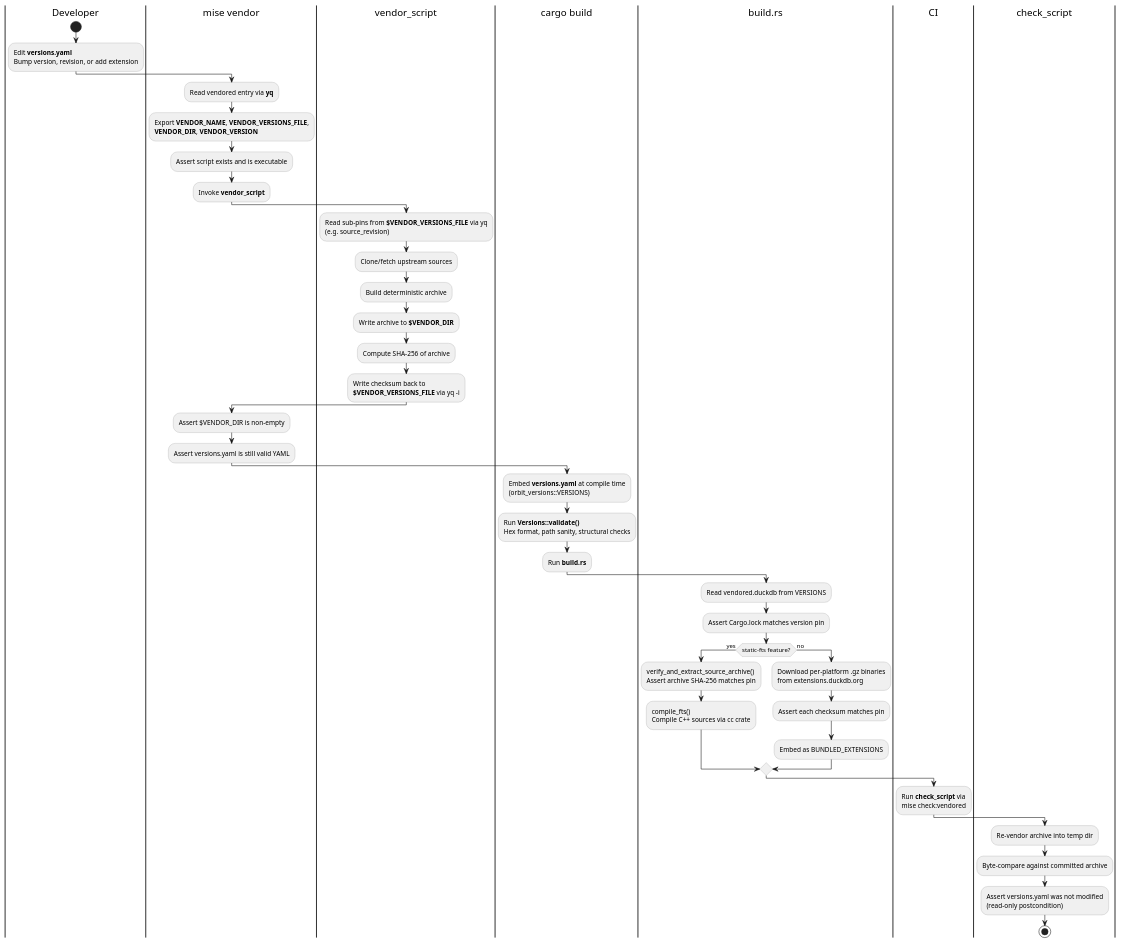
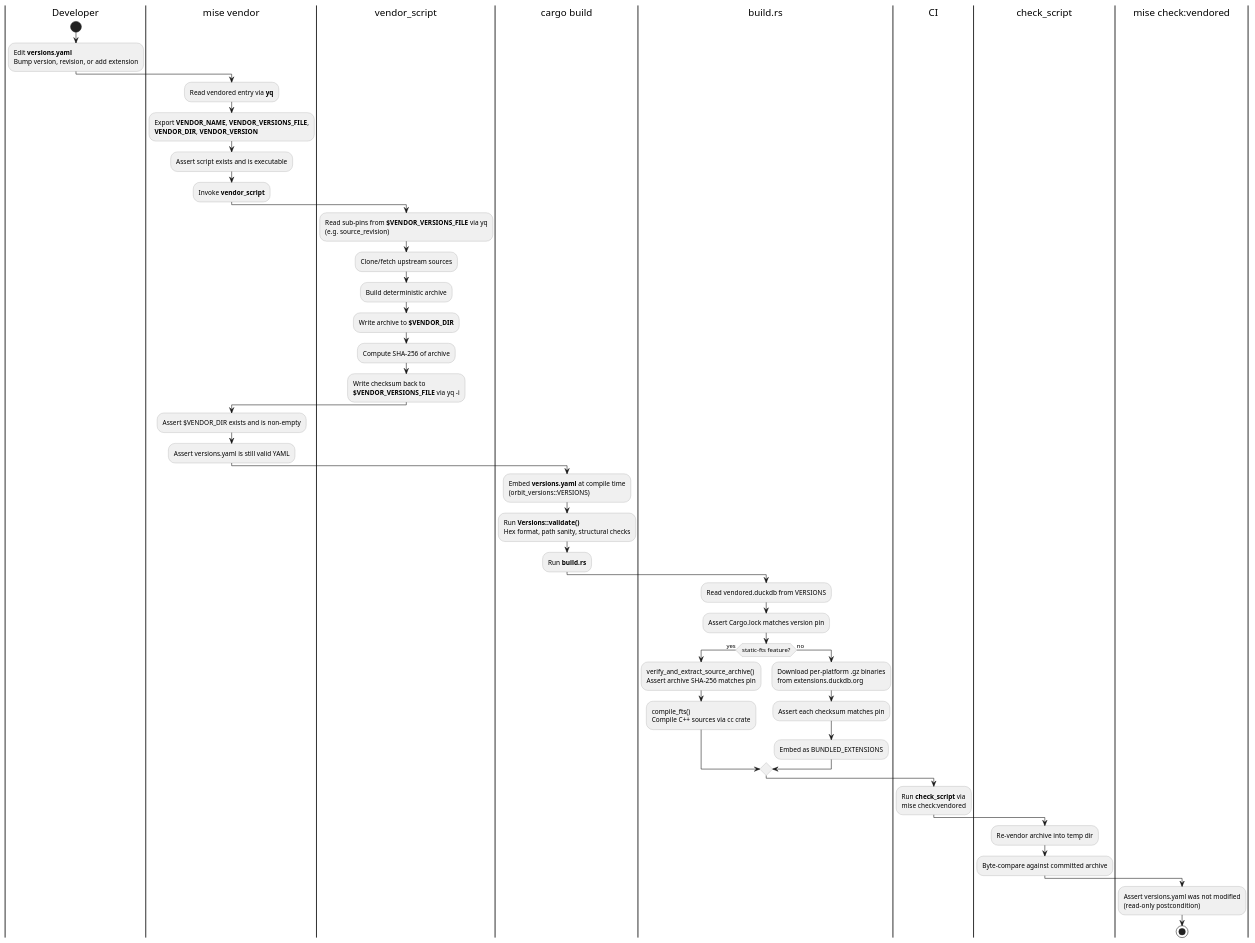
One commit to gitlabhq/orbit-knowledge-graph changed the diagram in docs/dev/runbooks/vendored_dependencies.md. Above: the diagram before and after it, drawn with PlantUML. The commit also changed 2 other files, not shown here.

Commit message:
fix(dx): close remaining validation and review gaps
- Add NAME regex guard in run.sh to prevent yq expression injection.
- Let yq stderr through in vendor postcondition (was silenced).
- Add 4 missing validate() tests: empty vendored section, whitespace
  version, non-.sh script, uppercase hex.
- Fix PlantUML diagram: vendor_dir postcondition says 'exists and is
  non-empty'; read-only postcondition is in the runner swimlane.

````diff
--- a/docs/dev/runbooks/vendored_dependencies.md
+++ b/docs/dev/runbooks/vendored_dependencies.md
@@ -10,56 +10,58 @@
 ```plantuml
 @startuml
 skinparam backgroundColor white
 skinparam activityBackgroundColor #F0F0F0
 skinparam activityBorderColor #999999
 
 |Developer|
 start
 :Edit **versions.yaml**\nBump version, revision, or add extension;
 
 |mise vendor|
 :Read vendored entry via **yq**;
 :Export **VENDOR_NAME**, **VENDOR_VERSIONS_FILE**,\n**VENDOR_DIR**, **VENDOR_VERSION**;
 :Assert script exists and is executable;
 :Invoke **vendor_script**;
 
 |vendor_script|
 :Read sub-pins from **$VENDOR_VERSIONS_FILE** via yq\n(e.g. source_revision);
 :Clone/fetch upstream sources;
 :Build deterministic archive;
 :Write archive to **$VENDOR_DIR**;
 :Compute SHA-256 of archive;
 :Write checksum back to\n**$VENDOR_VERSIONS_FILE** via yq -i;
 
 |mise vendor|
-:Assert $VENDOR_DIR is non-empty;
+:Assert $VENDOR_DIR exists and is non-empty;
 :Assert versions.yaml is still valid YAML;
 
 |cargo build|
 :Embed **versions.yaml** at compile time\n(orbit_versions::VERSIONS);
 :Run **Versions::validate()**\nHex format, path sanity, structural checks;
 :Run **build.rs**;
 
 |build.rs|
 :Read vendored.duckdb from VERSIONS;
 :Assert Cargo.lock matches version pin;
 
 if (static-fts feature?) then (yes)
   :verify_and_extract_source_archive()\nAssert archive SHA-256 matches pin;
   :compile_fts()\nCompile C++ sources via cc crate;
 else (no)
   :Download per-platform .gz binaries\nfrom extensions.duckdb.org;
   :Assert each checksum matches pin;
   :Embed as BUNDLED_EXTENSIONS;
 endif
 
 |CI|
 :Run **check_script** via\nmise check:vendored;
 
 |check_script|
 :Re-vendor archive into temp dir;
 :Byte-compare against committed archive;
+
+|mise check:vendored|
 :Assert versions.yaml was not modified\n(read-only postcondition);
 stop
 @enduml
 ```
````
